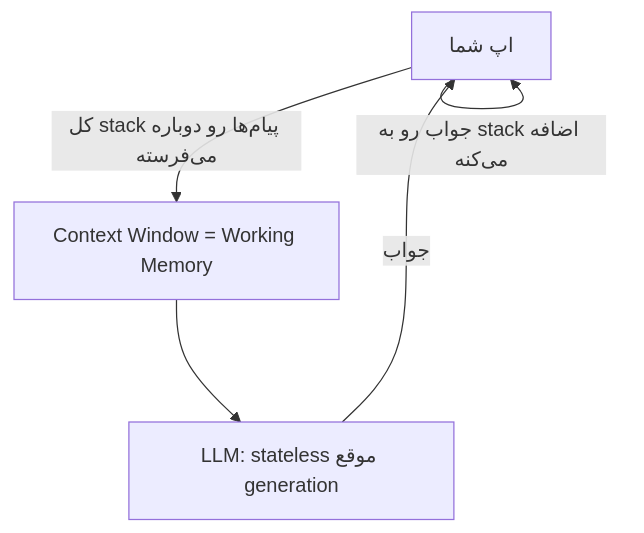
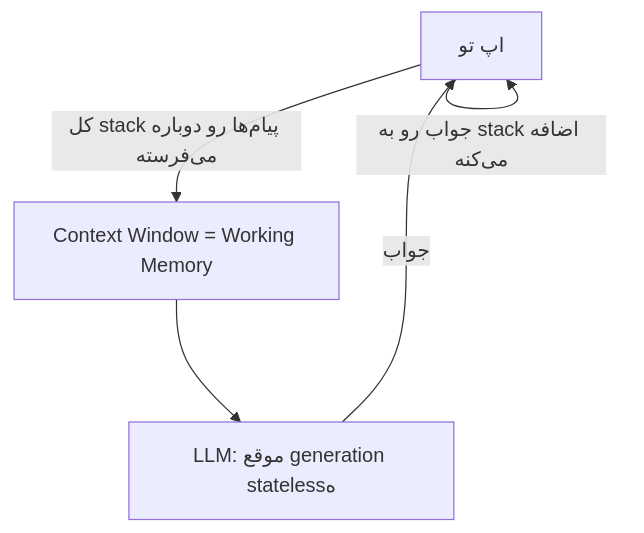
Before and after one commit to lokumai/ai-engineering-bazaar: the first of 2 diagrams in mini-courses/1_fundamentals/memory_fa.md, drawn with Mermaid. The commit also changed other lines of this file and 82 other files, not shown here.

````diff
--- a/mini-courses/1_fundamentals/memory_fa.md
+++ b/mini-courses/1_fundamentals/memory_fa.md
@@ -41,7 +41,7 @@
 ```mermaid
 graph TD
-    A[اپ شما] -->|کل stack پیام‌ها رو دوباره می‌فرسته| B[Context Window = Working Memory]
-    B --> C[LLM: stateless موقع generation]
+    A[اپ تو] -->|کل stack پیام‌ها رو دوباره می‌فرسته| B[Context Window = Working Memory]
+    B --> C[LLM: موقع generation stateless‌ه]
     C -->|جواب| A
     A -->|جواب رو به stack اضافه می‌کنه| A
 ```
````
